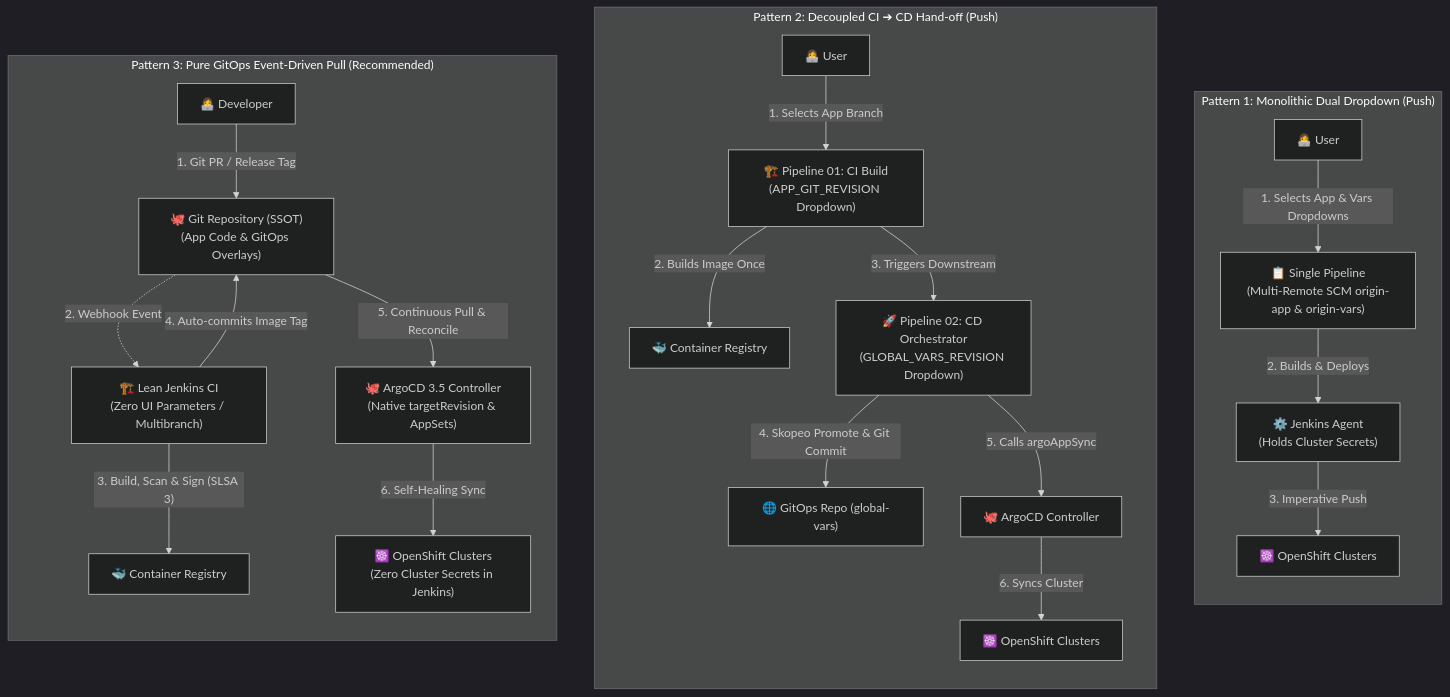
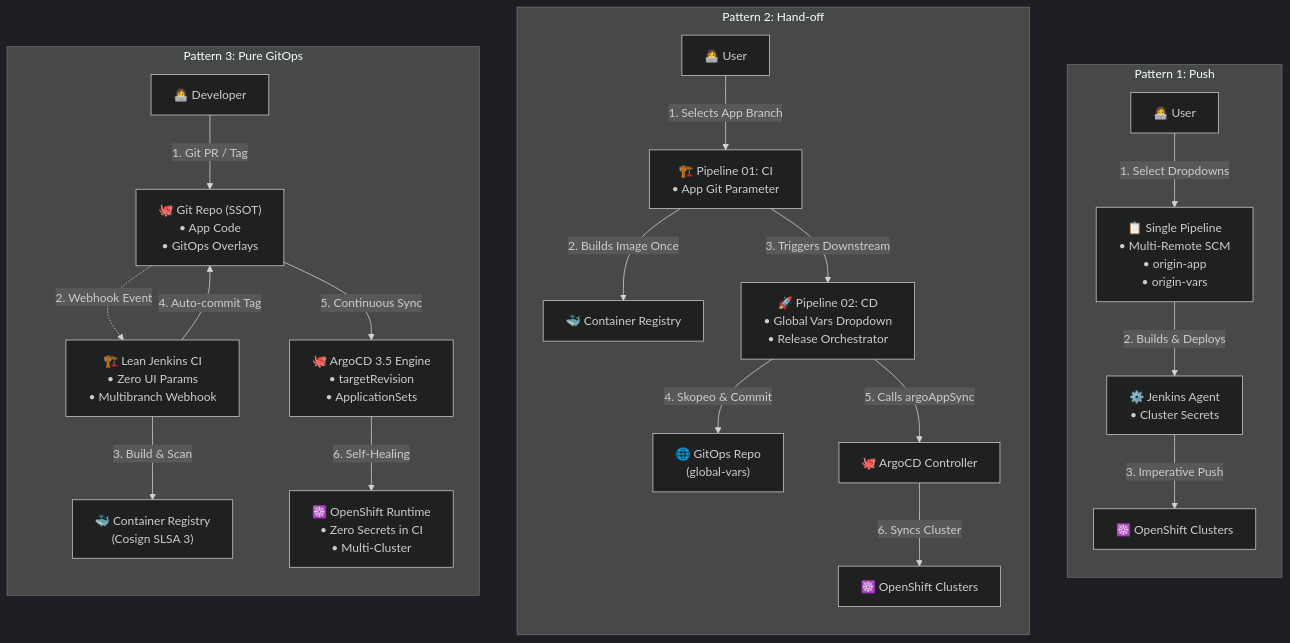
One commit to nubenetes/jenkins-without-git-parameter changed the first of 14 diagrams in README.md. Above: the diagram before and after it, drawn with Mermaid (dark theme). The commit also changed other lines of this file, not shown here.

Commit message:
fix(mermaid): enforce hard 20-char line limit on all diagram nodes to permanently prevent text clipping on GitHub

````diff
--- a/README.md
+++ b/README.md
@@ -164,29 +164,29 @@
 ```mermaid
 flowchart TB
-    subgraph P1["Pattern 1: Monolithic Dual Dropdown (Push)"]
+    subgraph P1["Pattern 1: Push"]
         direction TB
-        Dev1["👩‍💻 User"] -->|"1. Selects App & Vars Dropdowns"| JJob1["📋 Single Pipeline<br/>(Multi-Remote SCM origin-app & origin-vars)"]
-        JJob1 -->|"2. Builds & Deploys"| Agent1["⚙️ Jenkins Agent<br/>(Holds Cluster Secrets)"]
+        Dev1["👩‍💻 User"] -->|"1. Select Dropdowns"| JJob1["📋 Single Pipeline<br/>• Multi-Remote SCM<br/>• origin-app<br/>• origin-vars"]
+        JJob1 -->|"2. Builds & Deploys"| Agent1["⚙️ Jenkins Agent<br/>• Cluster Secrets"]
         Agent1 -->|"3. Imperative Push"| K8s1["☸️ OpenShift Clusters"]
     end
 
-    subgraph P2["Pattern 2: Decoupled CI ➔ CD Hand-off (Push)"]
+    subgraph P2["Pattern 2: Hand-off"]
         direction TB
-        Dev2["👩‍💻 User"] -->|"1. Selects App Branch"| CI2["🏗️ Pipeline 01: CI Build<br/>(APP_GIT_REVISION Dropdown)"]
+        Dev2["👩‍💻 User"] -->|"1. Selects App Branch"| CI2["🏗️ Pipeline 01: CI<br/>• App Git Parameter"]
         CI2 -->|"2. Builds Image Once"| Reg2["🐳 Container Registry"]
-        CI2 -->|"3. Triggers Downstream"| CD2["🚀 Pipeline 02: CD Orchestrator<br/>(GLOBAL_VARS_REVISION Dropdown)"]
-        CD2 -->|"4. Skopeo Promote & Git Commit"| GitOps2["🌐 GitOps Repo (global-vars)"]
+        CI2 -->|"3. Triggers Downstream"| CD2["🚀 Pipeline 02: CD<br/>• Global Vars Dropdown<br/>• Release Orchestrator"]
+        CD2 -->|"4. Skopeo & Commit"| GitOps2["🌐 GitOps Repo<br/>(global-vars)"]
         CD2 -->|"5. Calls argoAppSync"| Argo2["🐙 ArgoCD Controller"]
         Argo2 -->|"6. Syncs Cluster"| K8s2["☸️ OpenShift Clusters"]
     end
 
-    subgraph P3["Pattern 3: Pure GitOps Event-Driven Pull (Recommended)"]
+    subgraph P3["Pattern 3: Pure GitOps"]
         direction TB
-        Dev3["👩‍💻 Developer"] -->|"1. Git PR / Release Tag"| Git3["🐙 Git Repository (SSOT)<br/>(App Code & GitOps Overlays)"]
-        Git3 -.->|"2. Webhook Event"| CI3["🏗️ Lean Jenkins CI<br/>(Zero UI Parameters / Multibranch)"]
-        CI3 -->|"3. Build, Scan & Sign (SLSA 3)"| Reg3["🐳 Container Registry"]
-        CI3 -->|"4. Auto-commits Image Tag"| Git3
-        Git3 -->|"5. Continuous Pull & Reconcile"| Argo3["🐙 ArgoCD 3.5 Controller<br/>(Native targetRevision & AppSets)"]
-        Argo3 -->|"6. Self-Healing Sync"| K8s3["☸️ OpenShift Clusters<br/>(Zero Cluster Secrets in Jenkins)"]
+        Dev3["👩‍💻 Developer"] -->|"1. Git PR / Tag"| Git3["🐙 Git Repo (SSOT)<br/>• App Code<br/>• GitOps Overlays"]
+        Git3 -.->|"2. Webhook Event"| CI3["🏗️ Lean Jenkins CI<br/>• Zero UI Params<br/>• Multibranch Webhook"]
+        CI3 -->|"3. Build & Scan"| Reg3["🐳 Container Registry<br/>(Cosign SLSA 3)"]
+        CI3 -->|"4. Auto-commit Tag"| Git3
+        Git3 -->|"5. Continuous Sync"| Argo3["🐙 ArgoCD 3.5 Engine<br/>• targetRevision<br/>• ApplicationSets"]
+        Argo3 -->|"6. Self-Healing"| K8s3["☸️ OpenShift Runtime<br/>• Zero Secrets in CI<br/>• Multi-Cluster"]
     end
 ```
````
